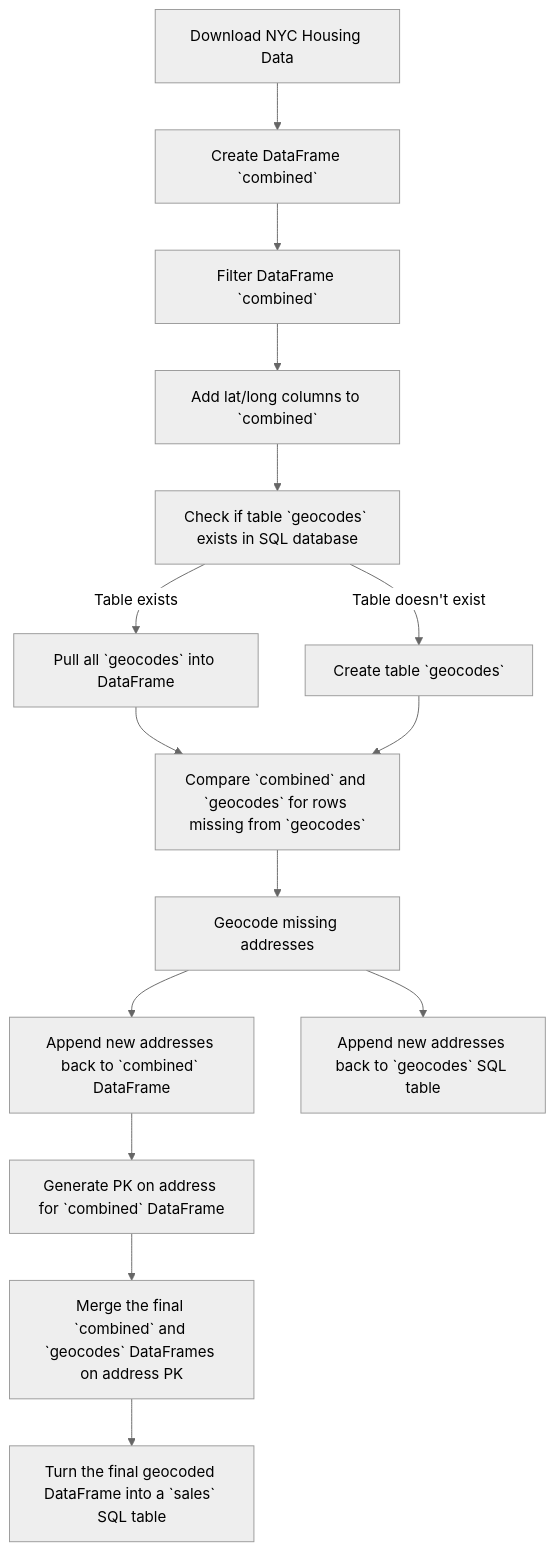
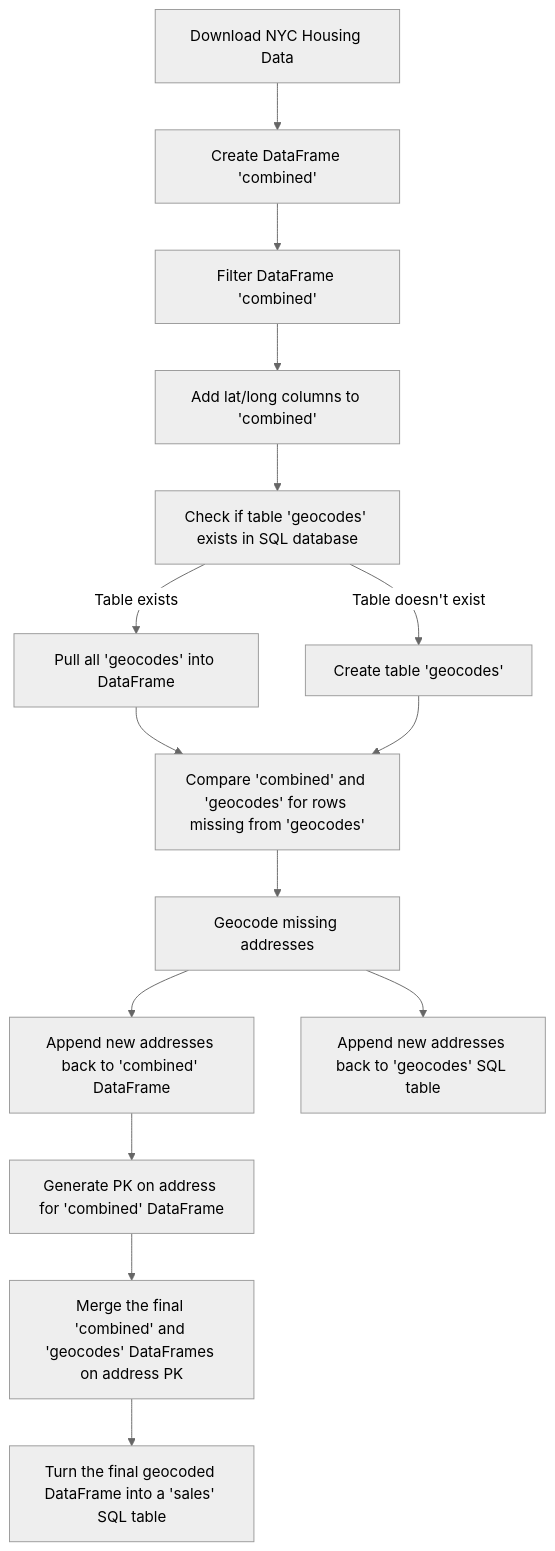
One commit to jackzellweger/real-estate-predictor changed the second of 2 diagrams in README.md. Above: the diagram before and after it, drawn with Mermaid (neutral theme).

````diff
--- a/README.md
+++ b/README.md
@@ -1113,17 +1113,17 @@
 ```mermaid
 graph TD
-A[Download NYC Housing Data] --> B[Create DataFrame `combined`]
-B --> C[Filter DataFrame `combined`]
-C --> D[Add lat/long columns to `combined`]
-D --> E[Check if table `geocodes` exists in SQL database]
-E --> |Table exists| F[Pull all `geocodes` into DataFrame]
-E --> |Table doesn't exist| G[Create table `geocodes`]
+A[Download NYC Housing Data] --> B[Create DataFrame 'combined']
+B --> C[Filter DataFrame 'combined']
+C --> D[Add lat/long columns to 'combined']
+D --> E[Check if table 'geocodes' exists in SQL database]
+E --> |Table exists| F[Pull all 'geocodes' into DataFrame]
+E --> |Table doesn't exist| G[Create table 'geocodes']
 F --> H[xx]
-G --> H[Compare `combined` and `geocodes` for rows missing from `geocodes`]
+G --> H[Compare 'combined' and 'geocodes' for rows missing from 'geocodes']
 H --> I[Geocode missing addresses]
-I --> J[Append new addresses back to `combined` DataFrame]
-I --> M[Append new addresses back to `geocodes` SQL table]
-J --> K[Generate PK on address for `combined` DataFrame]
-K --> L[Merge the final `combined` and `geocodes` DataFrames on address PK]
-L --> N[Turn the final geocoded DataFrame into a `sales` SQL table]
+I --> J[Append new addresses back to 'combined' DataFrame]
+I --> M[Append new addresses back to 'geocodes' SQL table]
+J --> K[Generate PK on address for 'combined' DataFrame]
+K --> L[Merge the final 'combined' and 'geocodes' DataFrames on address PK]
+L --> N[Turn the final geocoded DataFrame into a 'sales' SQL table]
 ```
````
